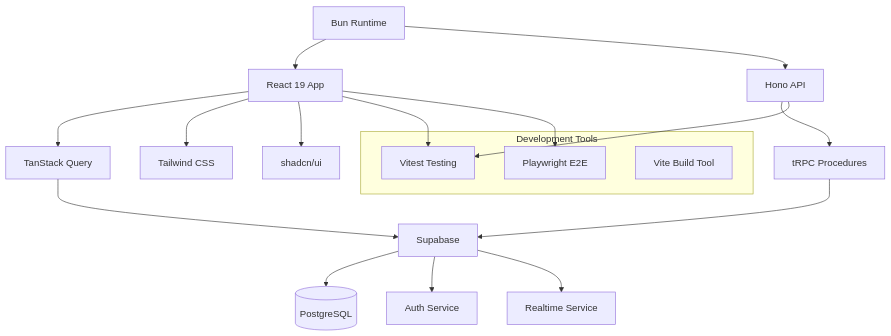
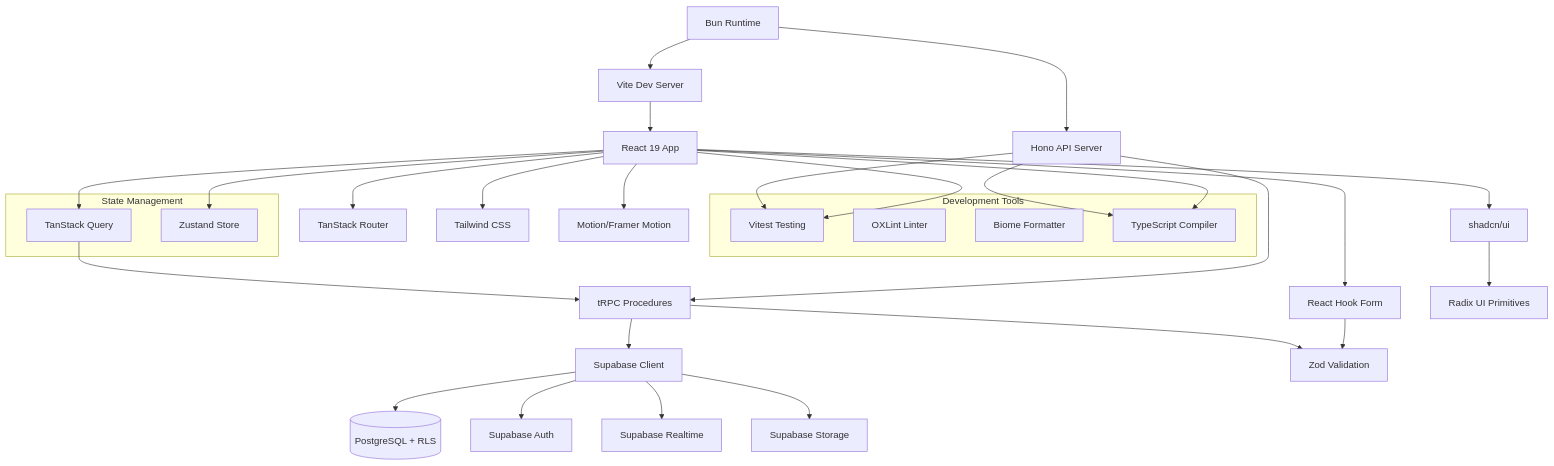
The diagram in docs/architecture/tech-stack.md (GrupoUS/aegiswallet), drawn with Mermaid before and after one commit. The commit also changed other lines of this file and 57 other files, not shown here.

````diff
--- a/docs/architecture/tech-stack.md
+++ b/docs/architecture/tech-stack.md
@@ -207,28 +387,47 @@
 ```mermaid
 graph TB
-    Bun[Bun Runtime] --> React[React 19 App]
-    Bun --> Hono[Hono API]
-    
-    React --> TanStack[TanStack Query]
+    Bun[Bun Runtime] --> Vite[Vite Dev Server]
+    Bun --> Hono[Hono API Server]
+
+    Vite --> React[React 19 App]
+    React --> Router[TanStack Router]
+    React --> Query[TanStack Query]
+    React --> Form[React Hook Form]
+
     Hono --> tRPC[tRPC Procedures]
-    
-    TanStack --> Supabase[Supabase]
-    tRPC --> Supabase
-    
-    Supabase --> Postgres[(PostgreSQL)]
-    Supabase --> Auth[Auth Service]
-    Supabase --> Realtime[Realtime Service]
-    
+    Query --> tRPC
+
+    tRPC --> Supabase[Supabase Client]
+
+    Supabase --> Postgres[(PostgreSQL + RLS)]
+    Supabase --> Auth[Supabase Auth]
+    Supabase --> Realtime[Supabase Realtime]
+    Supabase --> Storage[Supabase Storage]
+
+    React --> UI[shadcn/ui]
+    UI --> Radix[Radix UI Primitives]
     React --> Tailwind[Tailwind CSS]
-    React --> shadcn[shadcn/ui]
-    
+    React --> Motion[Motion/Framer Motion]
+
+    Form --> Zod[Zod Validation]
+    tRPC --> Zod
+
     subgraph "Development Tools"
         Vitest[Vitest Testing]
-        Playwright[Playwright E2E]
-        Vite[Vite Build Tool]
+        OXLint[OXLint Linter]
+        Biome[Biome Formatter]
+        TypeScript[TypeScript Compiler]
     end
-    
+
     React --> Vitest
     Hono --> Vitest
-    React --> Playwright
+    React --> TypeScript
+    Hono --> TypeScript
+
+    subgraph "State Management"
+        Query
+        Zustand[Zustand Store]
+    end
+
+    React --> Zustand
 ```
````
